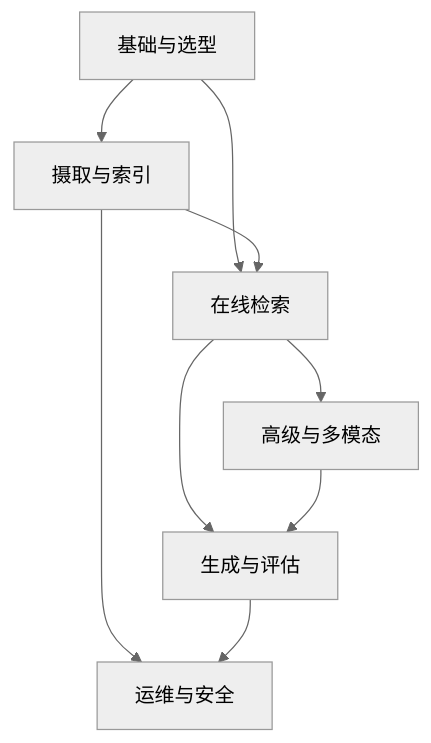
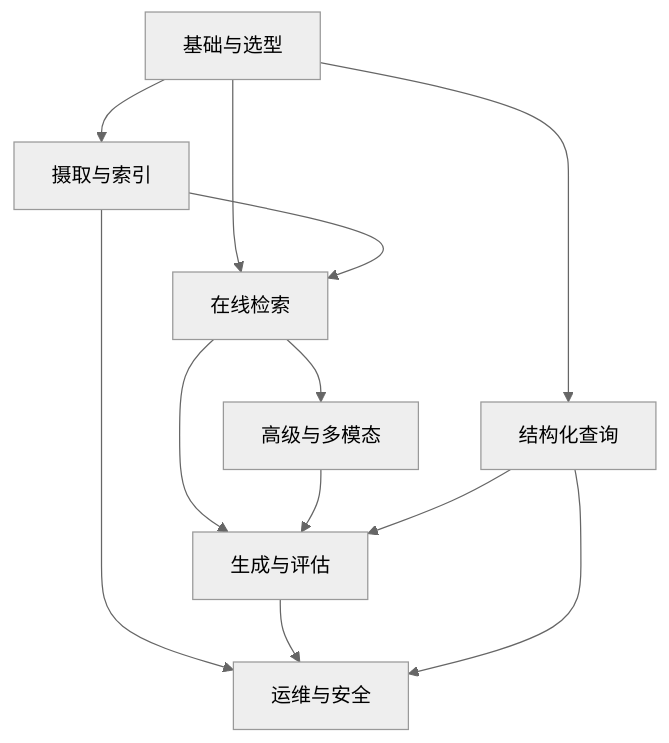
The diagram in docs/rag/README.md (oneleaveknowsthefall/awesome-ai-roadmap), drawn with Mermaid (neutral theme) before and after one commit. The commit also changed other lines of this file and 11 other files, not shown here.

````diff
--- a/docs/rag/README.md
+++ b/docs/rag/README.md
@@ -20,11 +23,14 @@
 ```mermaid
 flowchart TB
     F[基础与选型] --> I[摄取与索引]
     F --> R[在线检索]
     I --> R
     R --> A[高级与多模态]
     R --> G[生成与评估]
     A --> G
     I --> O[运维与安全]
     G --> O
+    F --> S[结构化查询]
+    S --> G
+    S --> O
 ```
````
